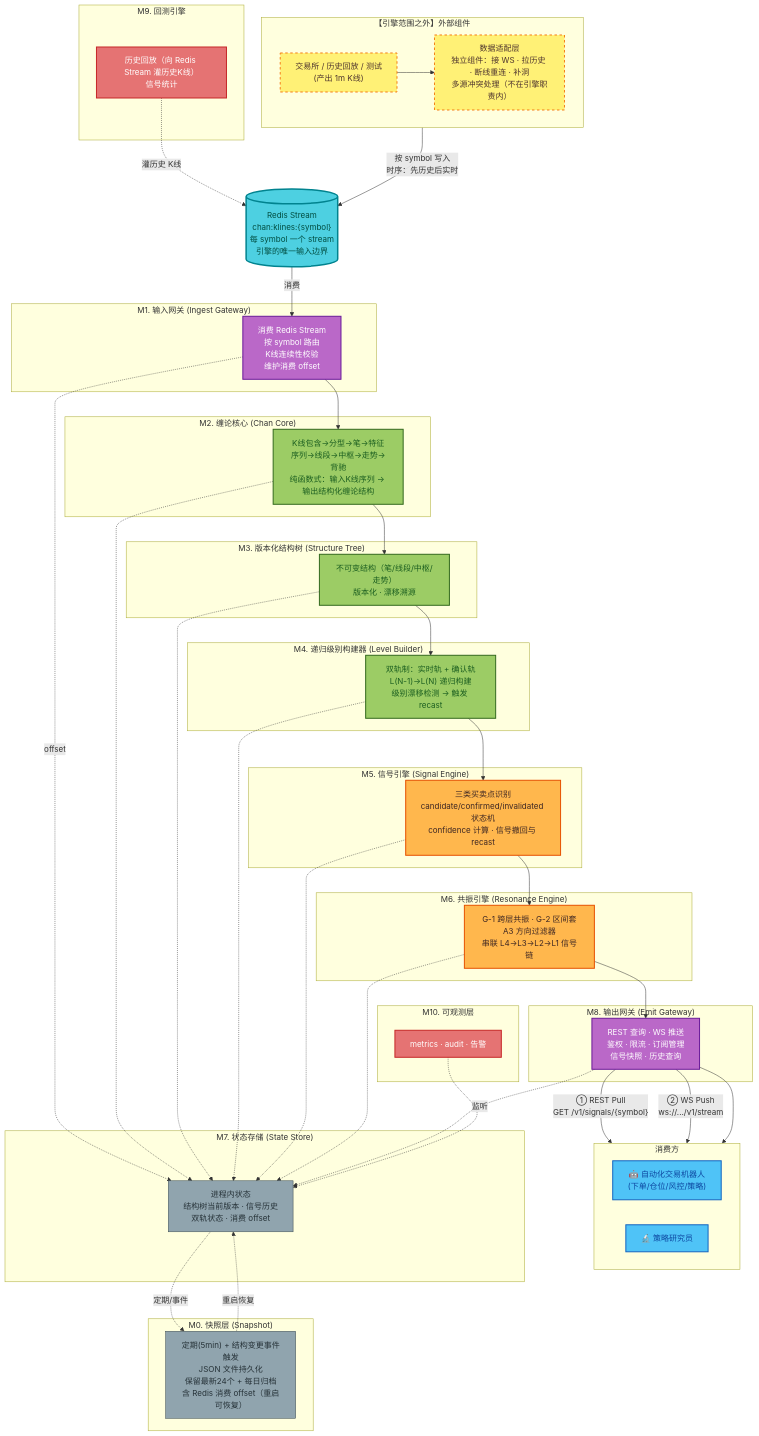
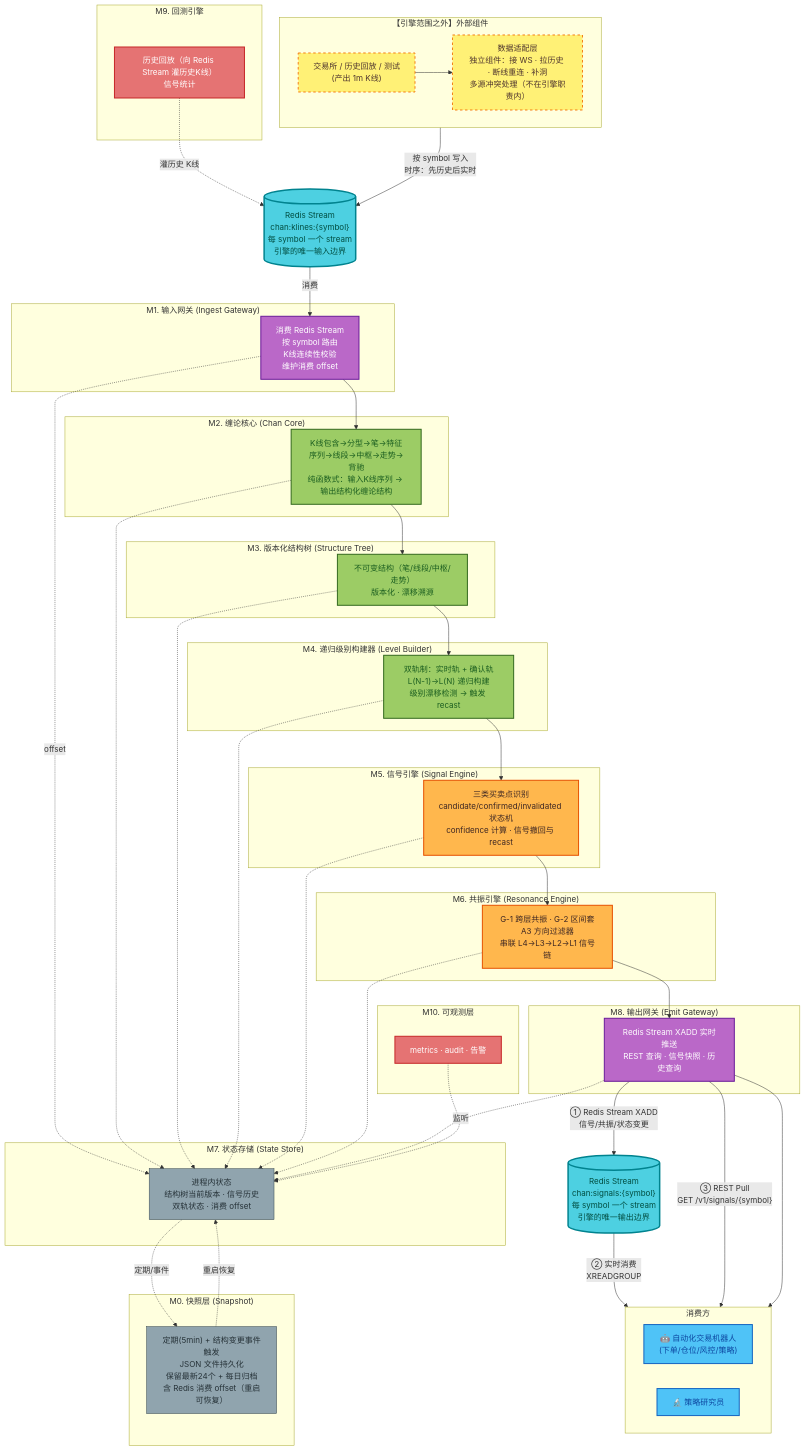
The diagram in docs/PRD-信号分析系统.md (bambuo/chan-go), drawn with Mermaid before and after one commit. The commit also changed other lines of this file and 13 other files, not shown here.

```diff
--- a/docs/PRD-信号分析系统.md
+++ b/docs/PRD-信号分析系统.md
@@ -102,8 +101,10 @@
         Researcher["🔬 策略研究员"]
     end
 
+    OutputRedisStream[("Redis Stream<br/>chan:signals:{symbol}<br/>每 symbol 一个 stream<br/>引擎的唯一输出边界")]
+
     subgraph Gateway["M8. 输出网关 (Emit Gateway)"]
-        G8["REST 查询 · WS 推送<br/>鉴权 · 限流 · 订阅管理<br/>信号快照 · 历史查询"]
+        G8["Redis Stream XADD 实时推送<br/>REST 查询 · 信号快照 · 历史查询"]
     end
 
     subgraph Resonance["M6. 共振引擎 (Resonance Engine)"]
@@ -160,8 +161,9 @@
     M6 --> G8
 
     %% 对外接口
-    G8 -- "① REST Pull<br/>GET /v1/signals/{symbol}" --> Robot
-    G8 -- "② WS Push<br/>ws://.../v1/stream" --> Robot
+    G8 -- "① Redis Stream XADD<br/>信号/共振/状态变更" --> OutputRedisStream
+    OutputRedisStream -- "② 实时消费<br/>XREADGROUP" --> Robot
+    G8 -- "③ REST Pull<br/>GET /v1/signals/{symbol}" --> Robot
     G8 --> Researcher
 
     %% 状态与快照
@@ -190,7 +192,7 @@
     classDef cross fill:#e57373,stroke:#c62828,stroke-width:2px,color:#ffffff
 
     class DataSource,DataAdapter external
-    class RedisStream stream
+    class RedisStream,OutputRedisStream stream
     class Robot,Researcher consumer
     class G8,G1 gateway
     class M6,M5 engine
```
